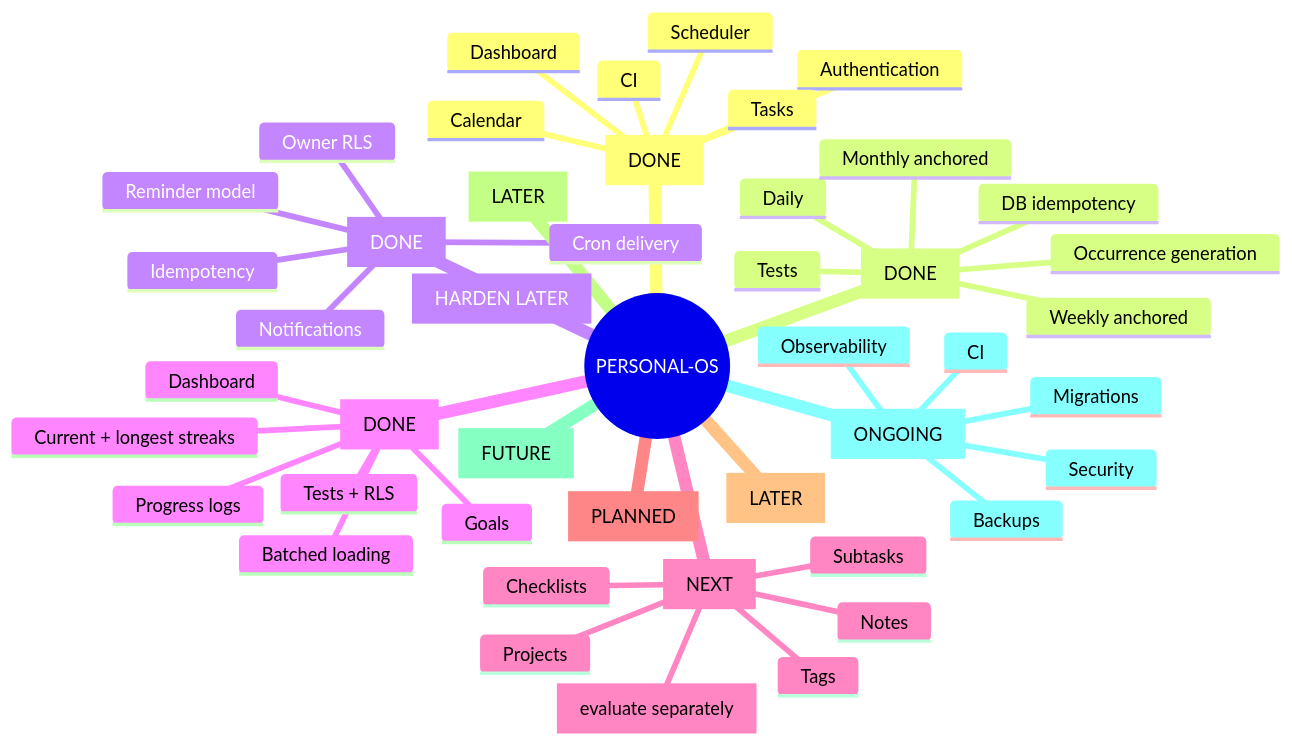
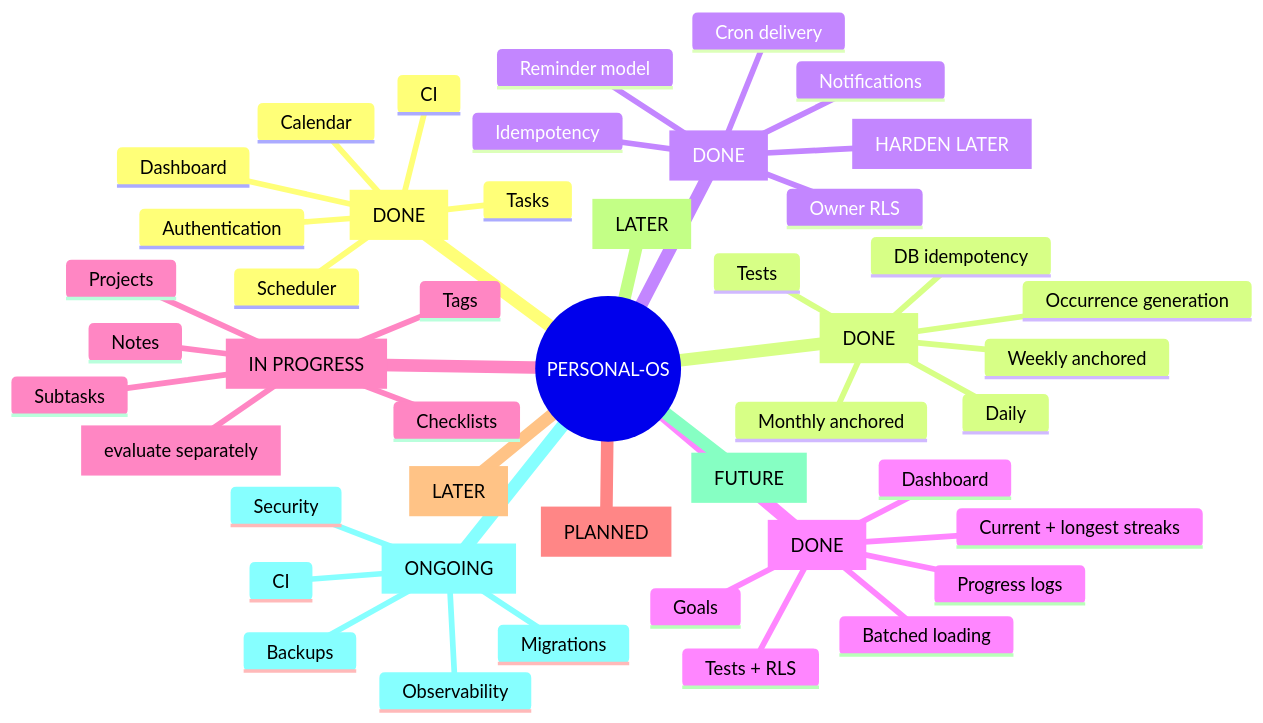
The diagram in PROJECT_STATE.md (mohith-krishnaa/personal-os), drawn with Mermaid before and after one commit. The commit also changed other lines of this file, not shown here.

````diff
--- a/PROJECT_STATE.md
+++ b/PROJECT_STATE.md
@@ -104,49 +104,49 @@
 ```mermaid
 mindmap
   root((PERSONAL-OS))
     Core Productivity [DONE]
       Authentication
       Dashboard
       Tasks
       Scheduler
       Calendar
       CI
     Recurring Tasks V1 [DONE]
       Daily
       Weekly anchored
       Monthly anchored
       Occurrence generation
       DB idempotency
       Tests
     Reminders V1 [DONE]
       Reminder model
       Owner RLS
       Cron delivery
       Notifications
       Idempotency
       Timezone/DST [HARDEN LATER]
     Progress & Streaks V1 [DONE]
       Goals
       Progress logs
       Current + longest streaks
       Dashboard
       Batched loading
       Tests + RLS
-    Organization V1 [NEXT]
+    Organization V1 [IN PROGRESS]
       Subtasks
       Checklists
       Projects
       Notes
       Tags
       Attachments [evaluate separately]
     Analytics [PLANNED]
     AI Assistant [LATER]
     Research Agent [LATER]
     Adaptive Scheduling [FUTURE]
     Production Hardening [ONGOING]
       Security
       CI
       Migrations
       Observability
       Backups
 ```
````
